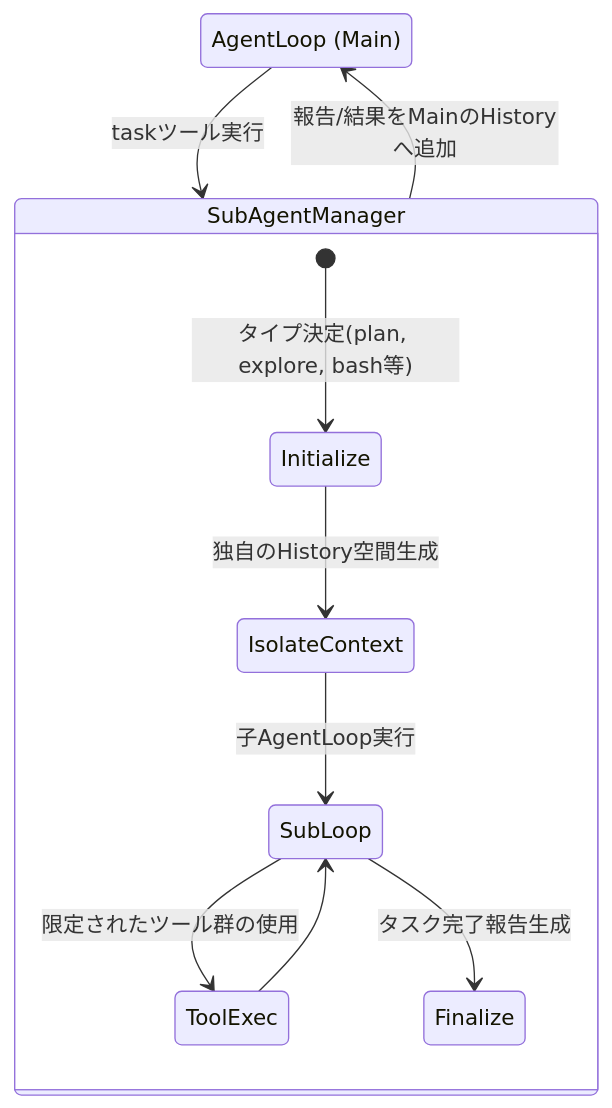
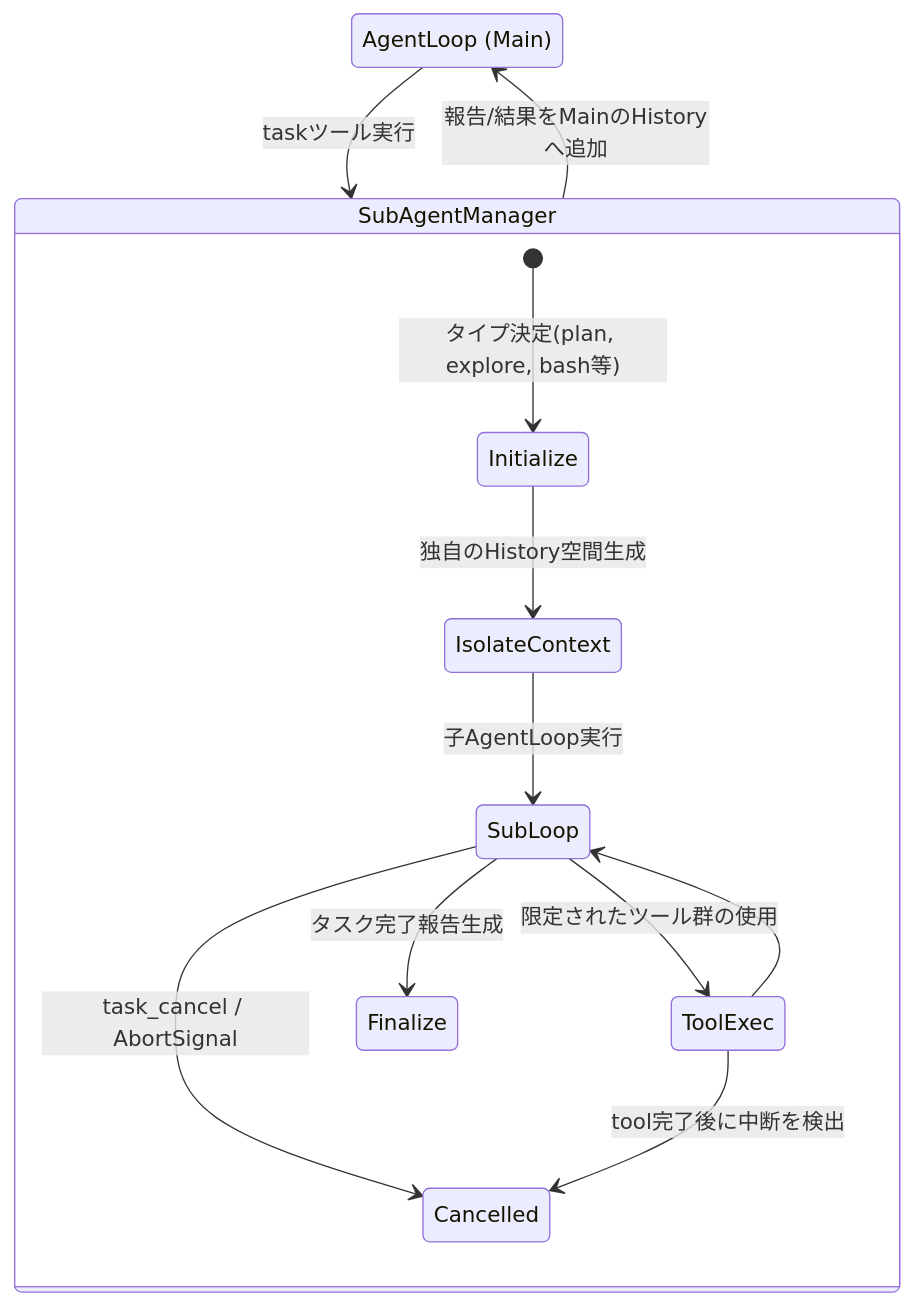
One commit to t2k2pp/lllmAgents changed the third of 14 diagrams in docs/internal_design.md. Above: the diagram before and after it, drawn with Mermaid. The commit also changed other lines of this file and 21 other files, not shown here.

````diff
--- a/docs/internal_design.md
+++ b/docs/internal_design.md
@@ -157,18 +157,20 @@
 ```mermaid
 stateDiagram-v2
     state "AgentLoop (Main)" as Main
     state "SubAgentManager" as SAM
 
     Main --> SAM : taskツール実行
 
     state SAM {
         [*] --> Initialize: タイプ決定(plan, explore, bash等)
         Initialize --> IsolateContext: 独自のHistory空間生成
         IsolateContext --> SubLoop: 子AgentLoop実行
         SubLoop --> ToolExec: 限定されたツール群の使用
         ToolExec --> SubLoop
         SubLoop --> Finalize: タスク完了報告生成
+        SubLoop --> Cancelled: task_cancel / AbortSignal
+        ToolExec --> Cancelled: tool完了後に中断を検出
     }
 
     SAM --> Main : 報告/結果をMainのHistoryへ追加
 ```
````
